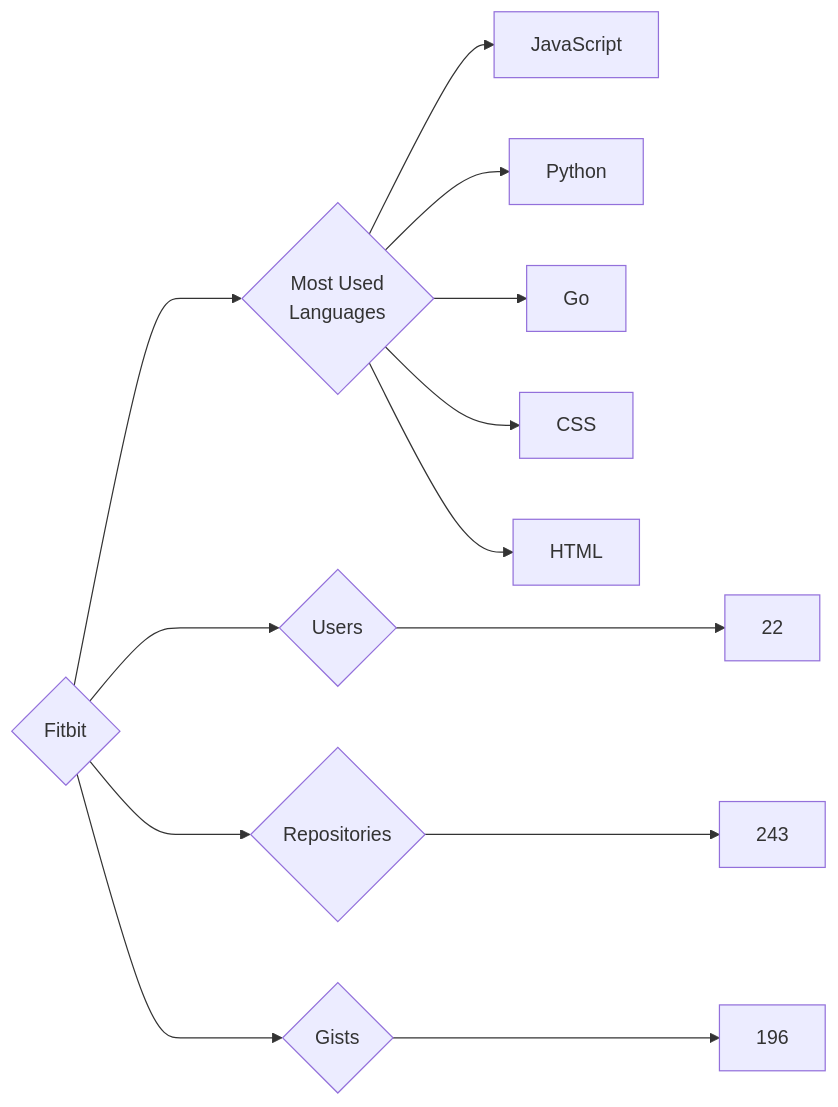
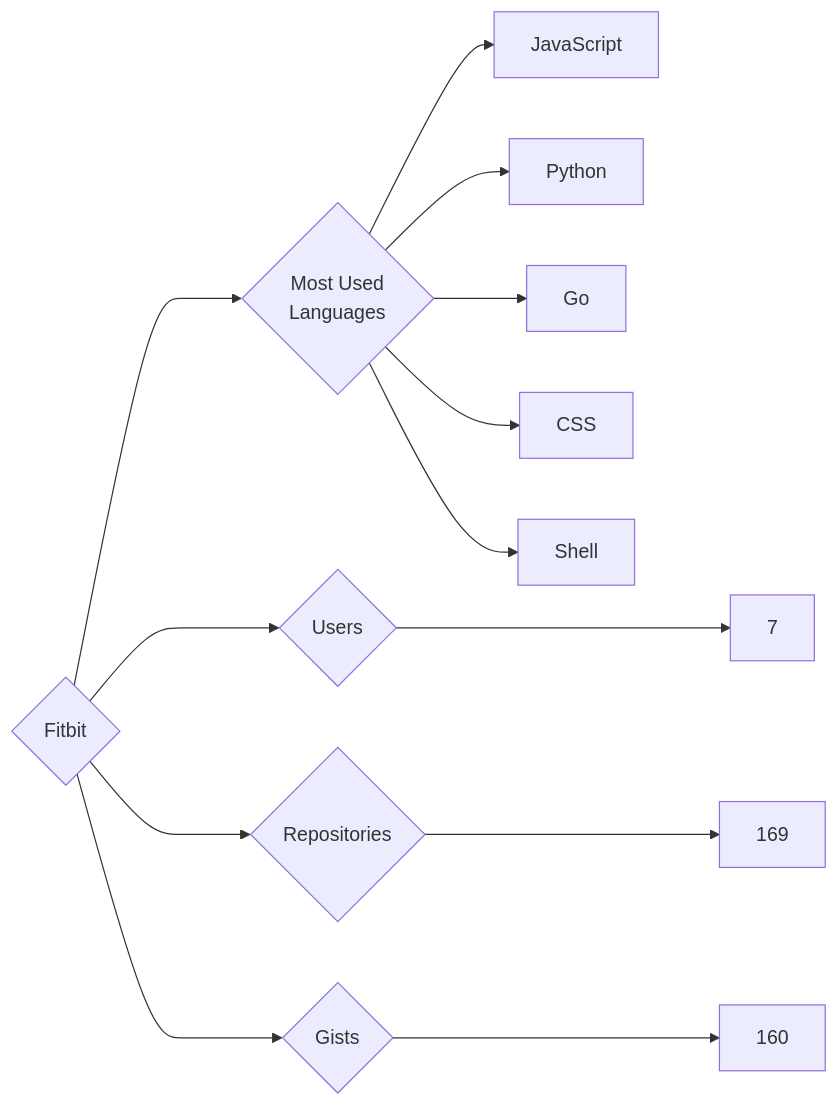
Before and after one commit to trickest/insiders: the diagram in targets/Fitbit/README.md, drawn with Mermaid. The commit also changed 891 other files, not shown here.

````diff
--- a/targets/Fitbit/README.md
+++ b/targets/Fitbit/README.md
@@ -3,13 +3,13 @@
 ```mermaid
 graph LR
 COMPANY_NAME{Fitbit}
-COMPANY_NAME ---> U{Users} ---> UN[22]
-COMPANY_NAME ---> R{Repositories} ---> RN[243]
-COMPANY_NAME ---> G{Gists} ---> GN[196]
+COMPANY_NAME ---> U{Users} ---> UN[7]
+COMPANY_NAME ---> R{Repositories} ---> RN[169]
+COMPANY_NAME ---> G{Gists} ---> GN[160]
 COMPANY_NAME ---> ML{Most Used<br>Languages}
 ML --> JavaScript[JavaScript]
 ML --> Python[Python]
 ML --> Go[Go]
 ML --> CSS[CSS]
-ML --> HTML[HTML]
+ML --> Shell[Shell]
 ```
````
